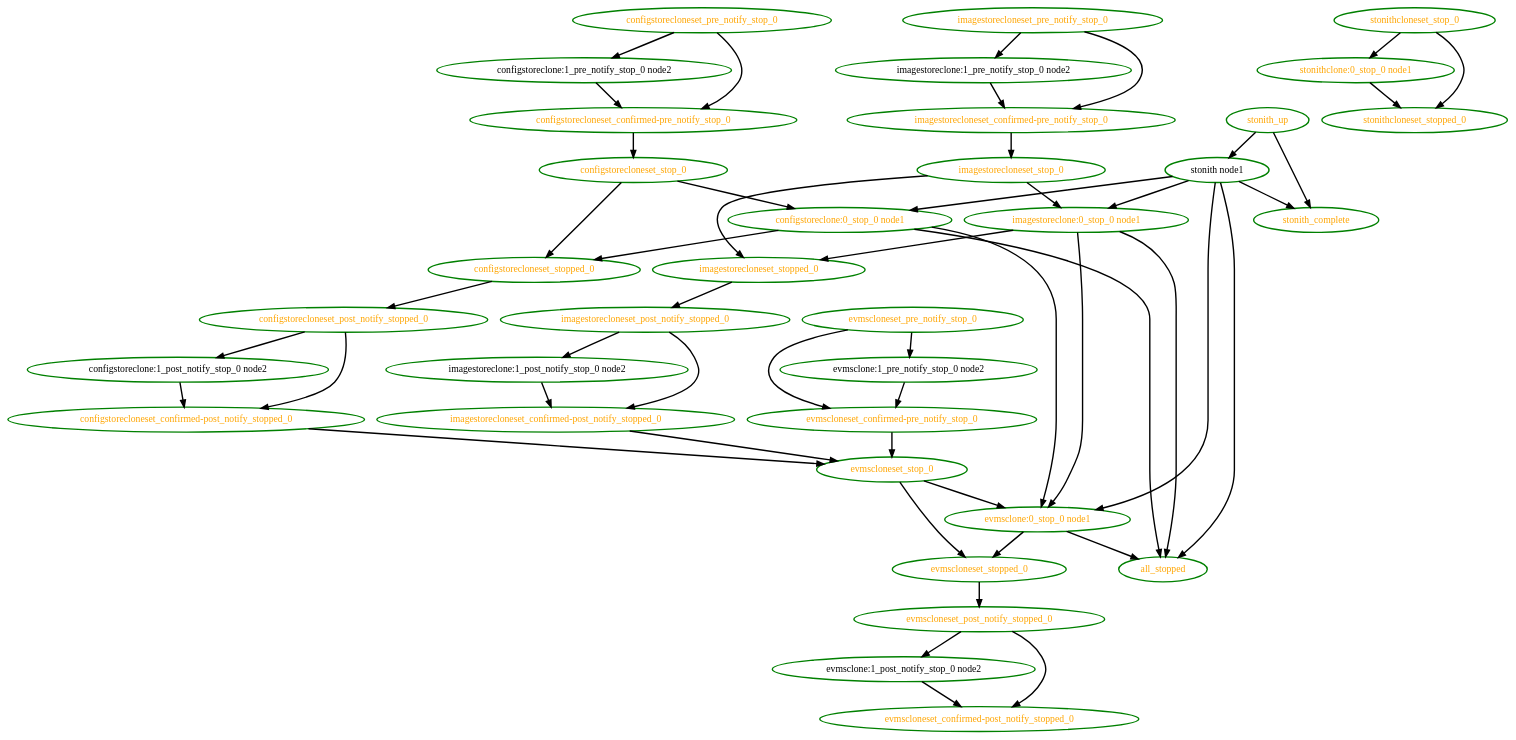
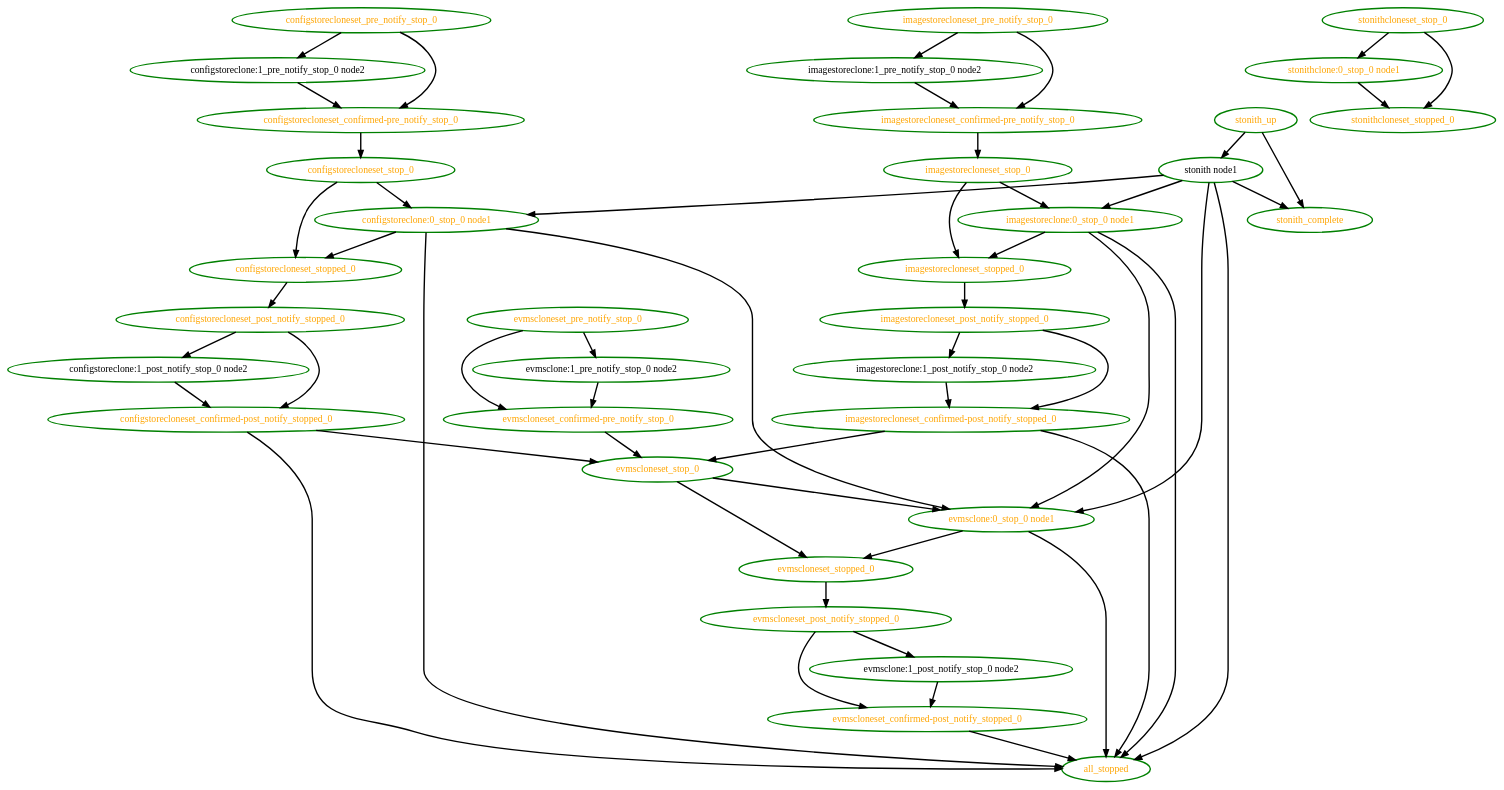
One commit to linux-ha-japan/pm_diskd changed the diagram in pengine/test10/interleave-pseudo-stop.dot. Above: the diagram before and after it, drawn with Graphviz. The commit also changed 28 other files, not shown here.

Commit message:
Low: PE: Have post-notification of stops be an input to the all_stopped pseudo event

```diff
--- a/pengine/test10/interleave-pseudo-stop.dot
+++ b/pengine/test10/interleave-pseudo-stop.dot
@@ -1,86 +1,89 @@
 digraph "g" {
 "all_stopped" [ style=bold color="green" fontcolor="orange"  ]
 "configstoreclone:0_stop_0 node1" -> "all_stopped" [ style = bold]
 "configstoreclone:0_stop_0 node1" -> "configstorecloneset_stopped_0" [ style = bold]
 "configstoreclone:0_stop_0 node1" -> "evmsclone:0_stop_0 node1" [ style = bold]
 "configstoreclone:0_stop_0 node1" [ style=bold color="green" fontcolor="orange"  ]
 "configstoreclone:1_post_notify_stop_0 node2" -> "configstorecloneset_confirmed-post_notify_stopped_0" [ style = bold]
 "configstoreclone:1_post_notify_stop_0 node2" [ style=bold color="green" fontcolor="black"  ]
 "configstoreclone:1_pre_notify_stop_0 node2" -> "configstorecloneset_confirmed-pre_notify_stop_0" [ style = bold]
 "configstoreclone:1_pre_notify_stop_0 node2" [ style=bold color="green" fontcolor="black"  ]
+"configstorecloneset_confirmed-post_notify_stopped_0" -> "all_stopped" [ style = bold]
 "configstorecloneset_confirmed-post_notify_stopped_0" -> "evmscloneset_stop_0" [ style = bold]
 "configstorecloneset_confirmed-post_notify_stopped_0" [ style=bold color="green" fontcolor="orange"  ]
 "configstorecloneset_confirmed-pre_notify_stop_0" -> "configstorecloneset_stop_0" [ style = bold]
 "configstorecloneset_confirmed-pre_notify_stop_0" [ style=bold color="green" fontcolor="orange"  ]
 "configstorecloneset_post_notify_stopped_0" -> "configstoreclone:1_post_notify_stop_0 node2" [ style = bold]
 "configstorecloneset_post_notify_stopped_0" -> "configstorecloneset_confirmed-post_notify_stopped_0" [ style = bold]
 "configstorecloneset_post_notify_stopped_0" [ style=bold color="green" fontcolor="orange"  ]
 "configstorecloneset_pre_notify_stop_0" -> "configstoreclone:1_pre_notify_stop_0 node2" [ style = bold]
 "configstorecloneset_pre_notify_stop_0" -> "configstorecloneset_confirmed-pre_notify_stop_0" [ style = bold]
 "configstorecloneset_pre_notify_stop_0" [ style=bold color="green" fontcolor="orange"  ]
 "configstorecloneset_stop_0" -> "configstoreclone:0_stop_0 node1" [ style = bold]
 "configstorecloneset_stop_0" -> "configstorecloneset_stopped_0" [ style = bold]
 "configstorecloneset_stop_0" [ style=bold color="green" fontcolor="orange"  ]
 "configstorecloneset_stopped_0" -> "configstorecloneset_post_notify_stopped_0" [ style = bold]
 "configstorecloneset_stopped_0" [ style=bold color="green" fontcolor="orange"  ]
 "evmsclone:0_stop_0 node1" -> "all_stopped" [ style = bold]
 "evmsclone:0_stop_0 node1" -> "evmscloneset_stopped_0" [ style = bold]
 "evmsclone:0_stop_0 node1" [ style=bold color="green" fontcolor="orange"  ]
 "evmsclone:1_post_notify_stop_0 node2" -> "evmscloneset_confirmed-post_notify_stopped_0" [ style = bold]
 "evmsclone:1_post_notify_stop_0 node2" [ style=bold color="green" fontcolor="black"  ]
 "evmsclone:1_pre_notify_stop_0 node2" -> "evmscloneset_confirmed-pre_notify_stop_0" [ style = bold]
 "evmsclone:1_pre_notify_stop_0 node2" [ style=bold color="green" fontcolor="black"  ]
+"evmscloneset_confirmed-post_notify_stopped_0" -> "all_stopped" [ style = bold]
 "evmscloneset_confirmed-post_notify_stopped_0" [ style=bold color="green" fontcolor="orange"  ]
 "evmscloneset_confirmed-pre_notify_stop_0" -> "evmscloneset_stop_0" [ style = bold]
 "evmscloneset_confirmed-pre_notify_stop_0" [ style=bold color="green" fontcolor="orange"  ]
 "evmscloneset_post_notify_stopped_0" -> "evmsclone:1_post_notify_stop_0 node2" [ style = bold]
 "evmscloneset_post_notify_stopped_0" -> "evmscloneset_confirmed-post_notify_stopped_0" [ style = bold]
 "evmscloneset_post_notify_stopped_0" [ style=bold color="green" fontcolor="orange"  ]
 "evmscloneset_pre_notify_stop_0" -> "evmsclone:1_pre_notify_stop_0 node2" [ style = bold]
 "evmscloneset_pre_notify_stop_0" -> "evmscloneset_confirmed-pre_notify_stop_0" [ style = bold]
 "evmscloneset_pre_notify_stop_0" [ style=bold color="green" fontcolor="orange"  ]
 "evmscloneset_stop_0" -> "evmsclone:0_stop_0 node1" [ style = bold]
 "evmscloneset_stop_0" -> "evmscloneset_stopped_0" [ style = bold]
 "evmscloneset_stop_0" [ style=bold color="green" fontcolor="orange"  ]
 "evmscloneset_stopped_0" -> "evmscloneset_post_notify_stopped_0" [ style = bold]
 "evmscloneset_stopped_0" [ style=bold color="green" fontcolor="orange"  ]
 "imagestoreclone:0_stop_0 node1" -> "all_stopped" [ style = bold]
 "imagestoreclone:0_stop_0 node1" -> "evmsclone:0_stop_0 node1" [ style = bold]
 "imagestoreclone:0_stop_0 node1" -> "imagestorecloneset_stopped_0" [ style = bold]
 "imagestoreclone:0_stop_0 node1" [ style=bold color="green" fontcolor="orange"  ]
 "imagestoreclone:1_post_notify_stop_0 node2" -> "imagestorecloneset_confirmed-post_notify_stopped_0" [ style = bold]
 "imagestoreclone:1_post_notify_stop_0 node2" [ style=bold color="green" fontcolor="black"  ]
 "imagestoreclone:1_pre_notify_stop_0 node2" -> "imagestorecloneset_confirmed-pre_notify_stop_0" [ style = bold]
 "imagestoreclone:1_pre_notify_stop_0 node2" [ style=bold color="green" fontcolor="black"  ]
+"imagestorecloneset_confirmed-post_notify_stopped_0" -> "all_stopped" [ style = bold]
 "imagestorecloneset_confirmed-post_notify_stopped_0" -> "evmscloneset_stop_0" [ style = bold]
 "imagestorecloneset_confirmed-post_notify_stopped_0" [ style=bold color="green" fontcolor="orange"  ]
 "imagestorecloneset_confirmed-pre_notify_stop_0" -> "imagestorecloneset_stop_0" [ style = bold]
 "imagestorecloneset_confirmed-pre_notify_stop_0" [ style=bold color="green" fontcolor="orange"  ]
 "imagestorecloneset_post_notify_stopped_0" -> "imagestoreclone:1_post_notify_stop_0 node2" [ style = bold]
 "imagestorecloneset_post_notify_stopped_0" -> "imagestorecloneset_confirmed-post_notify_stopped_0" [ style = bold]
 "imagestorecloneset_post_notify_stopped_0" [ style=bold color="green" fontcolor="orange"  ]
 "imagestorecloneset_pre_notify_stop_0" -> "imagestoreclone:1_pre_notify_stop_0 node2" [ style = bold]
 "imagestorecloneset_pre_notify_stop_0" -> "imagestorecloneset_confirmed-pre_notify_stop_0" [ style = bold]
 "imagestorecloneset_pre_notify_stop_0" [ style=bold color="green" fontcolor="orange"  ]
 "imagestorecloneset_stop_0" -> "imagestoreclone:0_stop_0 node1" [ style = bold]
 "imagestorecloneset_stop_0" -> "imagestorecloneset_stopped_0" [ style = bold]
 "imagestorecloneset_stop_0" [ style=bold color="green" fontcolor="orange"  ]
 "imagestorecloneset_stopped_0" -> "imagestorecloneset_post_notify_stopped_0" [ style = bold]
 "imagestorecloneset_stopped_0" [ style=bold color="green" fontcolor="orange"  ]
 "stonith node1" -> "all_stopped" [ style = bold]
 "stonith node1" -> "configstoreclone:0_stop_0 node1" [ style = bold]
 "stonith node1" -> "evmsclone:0_stop_0 node1" [ style = bold]
 "stonith node1" -> "imagestoreclone:0_stop_0 node1" [ style = bold]
 "stonith node1" -> "stonith_complete" [ style = bold]
 "stonith node1" [ style=bold color="green" fontcolor="black"  ]
 "stonith_complete" [ style=bold color="green" fontcolor="orange"  ]
 "stonith_up" -> "stonith node1" [ style = bold]
 "stonith_up" -> "stonith_complete" [ style = bold]
 "stonith_up" [ style=bold color="green" fontcolor="orange"  ]
 "stonithclone:0_stop_0 node1" -> "stonithcloneset_stopped_0" [ style = bold]
 "stonithclone:0_stop_0 node1" [ style=bold color="green" fontcolor="orange"  ]
 "stonithcloneset_stop_0" -> "stonithclone:0_stop_0 node1" [ style = bold]
 "stonithcloneset_stop_0" -> "stonithcloneset_stopped_0" [ style = bold]
 "stonithcloneset_stop_0" [ style=bold color="green" fontcolor="orange"  ]
 "stonithcloneset_stopped_0" [ style=bold color="green" fontcolor="orange"  ]
 }
```
